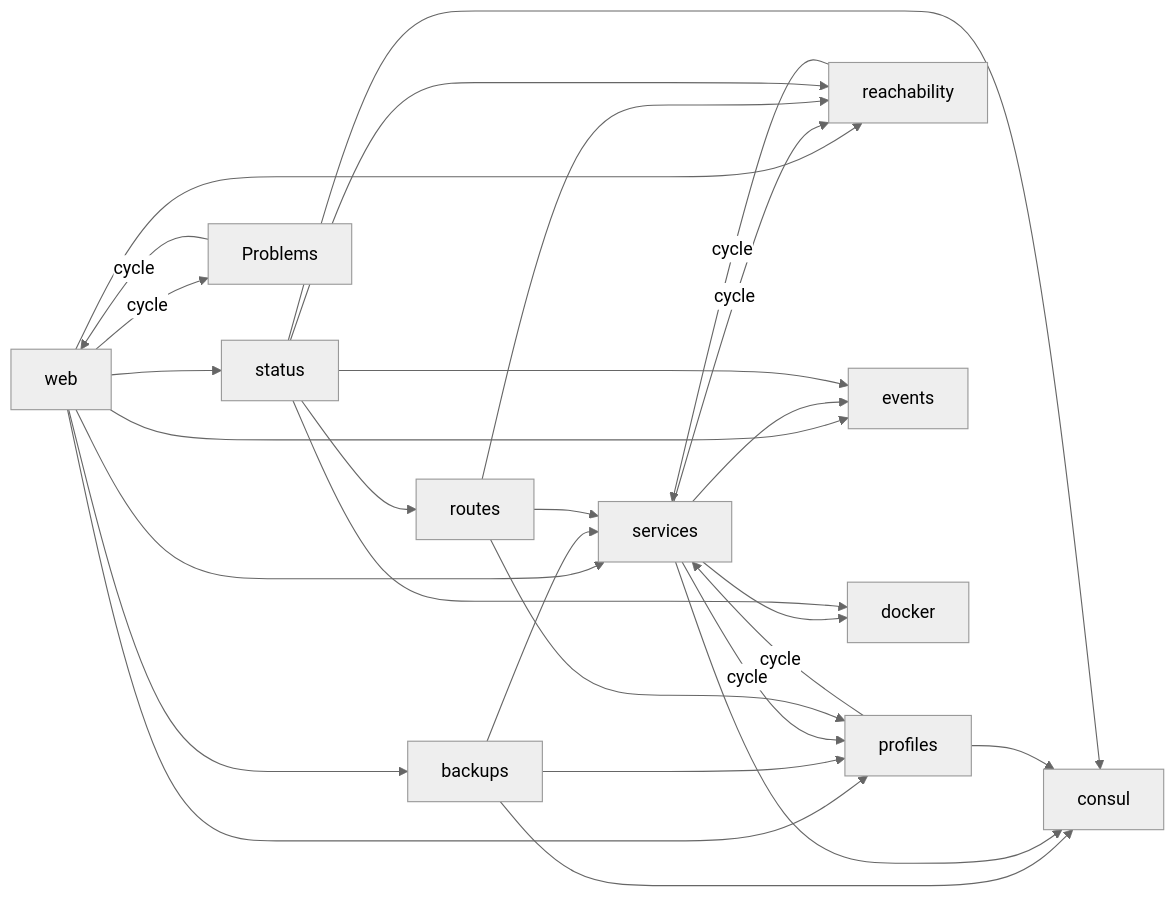
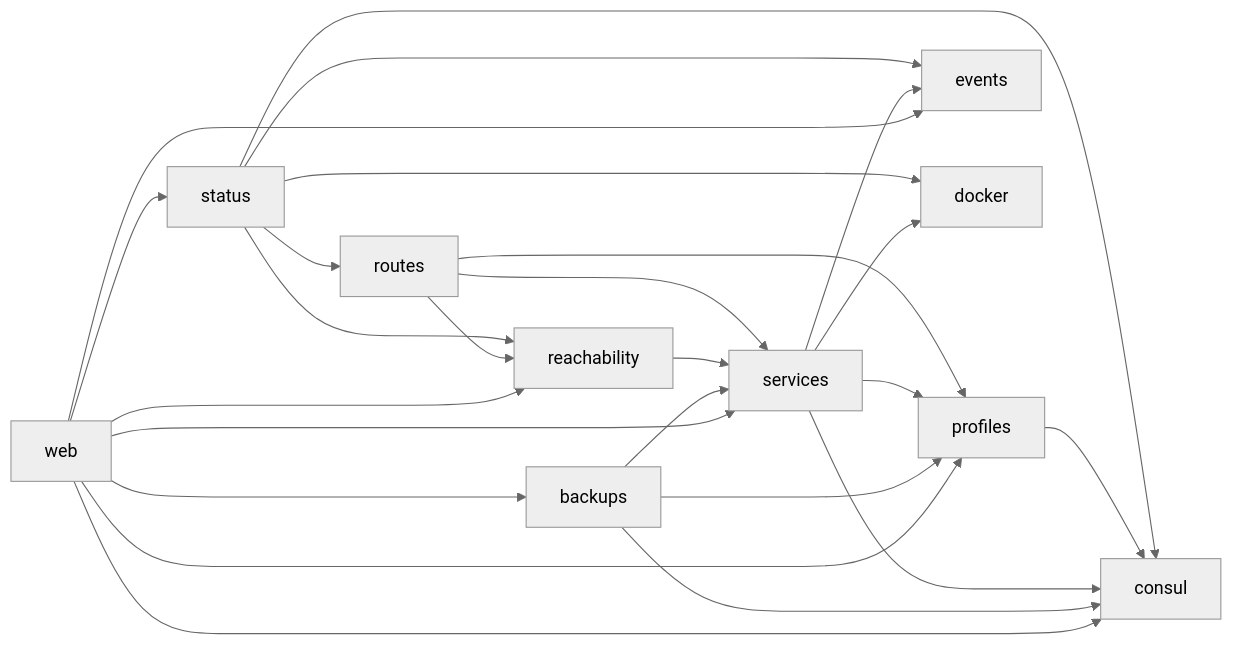
Before and after one commit to ppalazon/lvh-yard: the second of 4 diagrams in docs/design.md, drawn with Mermaid (neutral theme). The commit also changed other lines of this file and 32 other files, not shown here.

````diff
--- a/docs/design.md
+++ b/docs/design.md
@@ -61,30 +61,27 @@
 ```mermaid
 flowchart LR
     web --> services
     web --> backups
     web --> profiles
     web --> reachability
     web --> status
     web --> events
+    web --> consul
     backups --> services
     backups --> profiles
     backups --> consul
     services --> consul
     services --> docker
     services --> events
-    services -- cycle --> profiles
-    profiles -- cycle --> services
-    services -- cycle --> reachability
-    reachability -- cycle --> services
+    services --> profiles
     profiles --> consul
+    reachability --> services
     routes --> services
     routes --> profiles
     routes --> reachability
     status --> consul
     status --> docker
     status --> reachability
     status --> routes
     status --> events
-    root[Problems] -- cycle --> web
-    web -- cycle --> root
 ```
````
